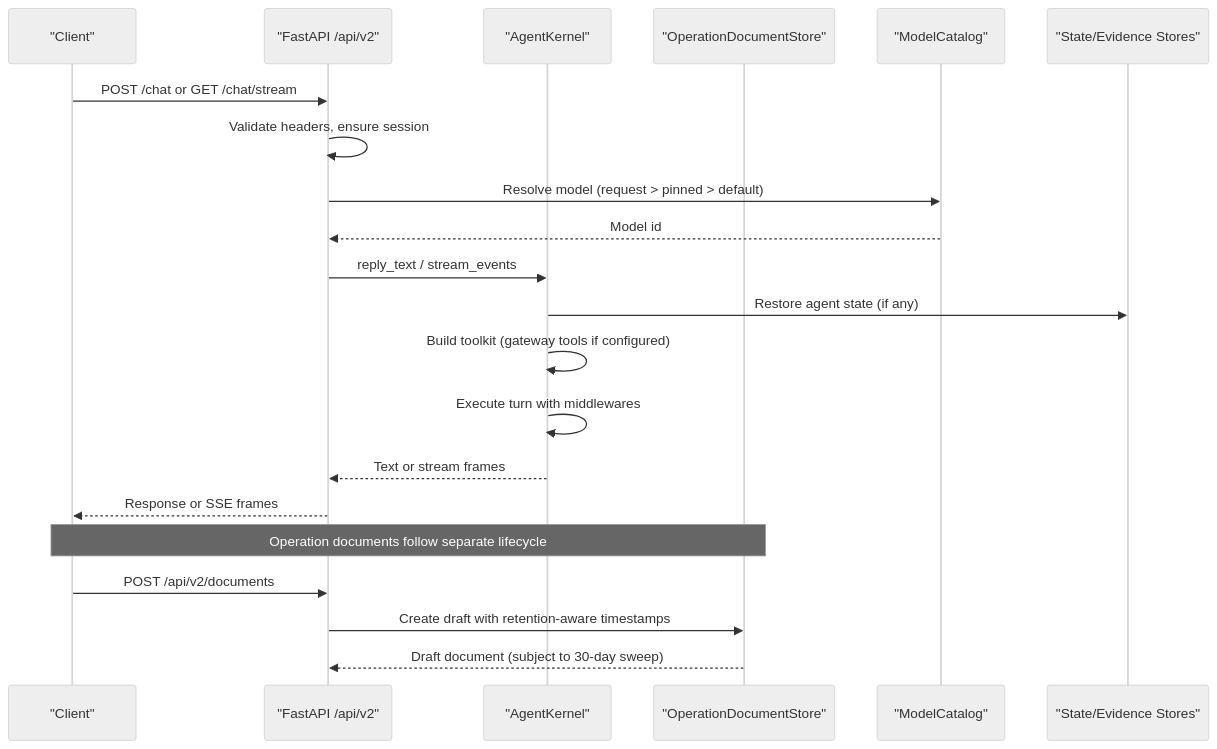
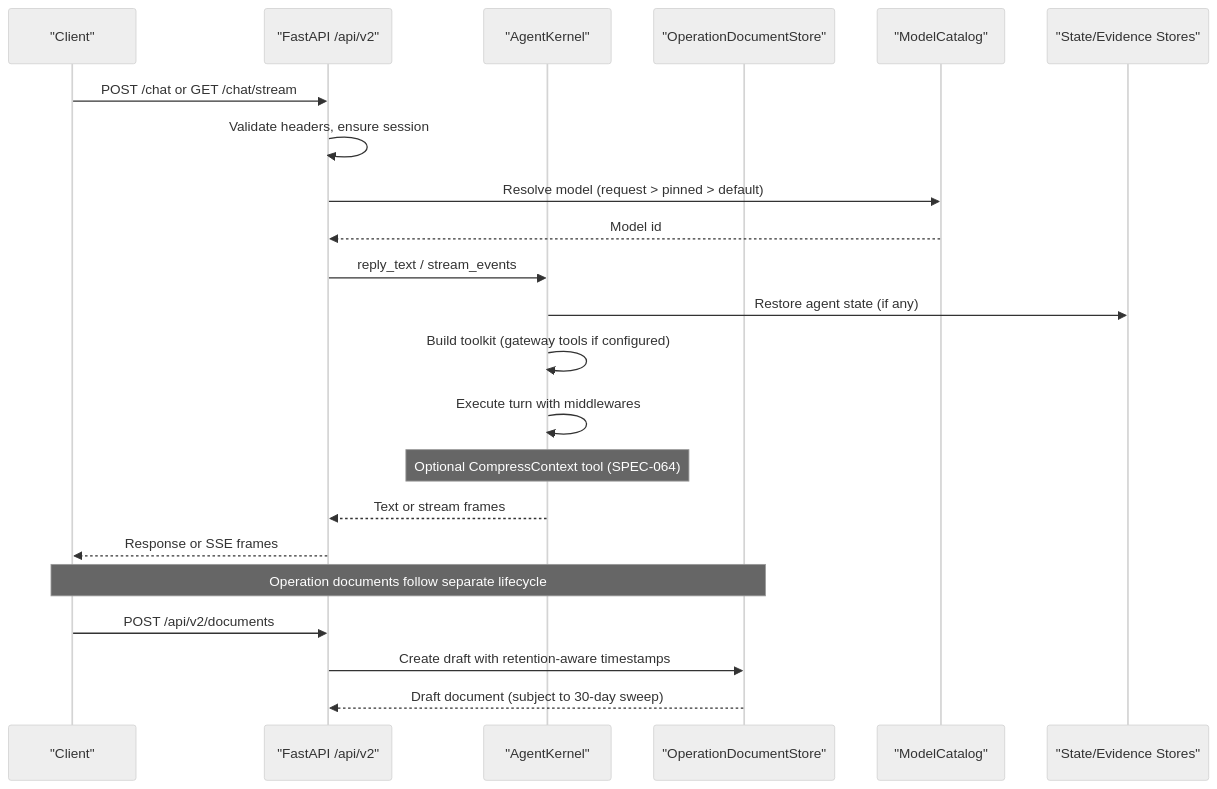
Before and after one commit to alainlei/luban-aiops: the second of 10 diagrams in .qoder/repowiki/en/content/Core Services/Agent Platform/Agent Platform.md, drawn with Mermaid (neutral theme). The commit also changed other lines of this file and 20 other files, not shown here.

````diff
--- a/.qoder/repowiki/en/content/Core Services/Agent Platform/Agent Platform.md
+++ b/.qoder/repowiki/en/content/Core Services/Agent Platform/Agent Platform.md
@@ -109,23 +123,24 @@
 ```mermaid
 sequenceDiagram
 participant Client as "Client"
 participant API as "FastAPI /api/v2"
 participant Kernel as "AgentKernel"
 participant DocStore as "OperationDocumentStore"
 participant Catalog as "ModelCatalog"
 participant Store as "State/Evidence Stores"
 Client->>API : POST /chat or GET /chat/stream
 API->>API : Validate headers, ensure session
 API->>Catalog : Resolve model (request > pinned > default)
 Catalog-->>API : Model id
 API->>Kernel : reply_text / stream_events
 Kernel->>Store : Restore agent state (if any)
 Kernel->>Kernel : Build toolkit (gateway tools if configured)
 Kernel->>Kernel : Execute turn with middlewares
+Note over Kernel : Optional CompressContext tool (SPEC-064)
 Kernel-->>API : Text or stream frames
 API-->>Client : Response or SSE frames
 Note over Client,DocStore : Operation documents follow separate lifecycle
 Client->>API : POST /api/v2/documents
 API->>DocStore : Create draft with retention-aware timestamps
 DocStore-->>API : Draft document (subject to 30-day sweep)
 ```
````
